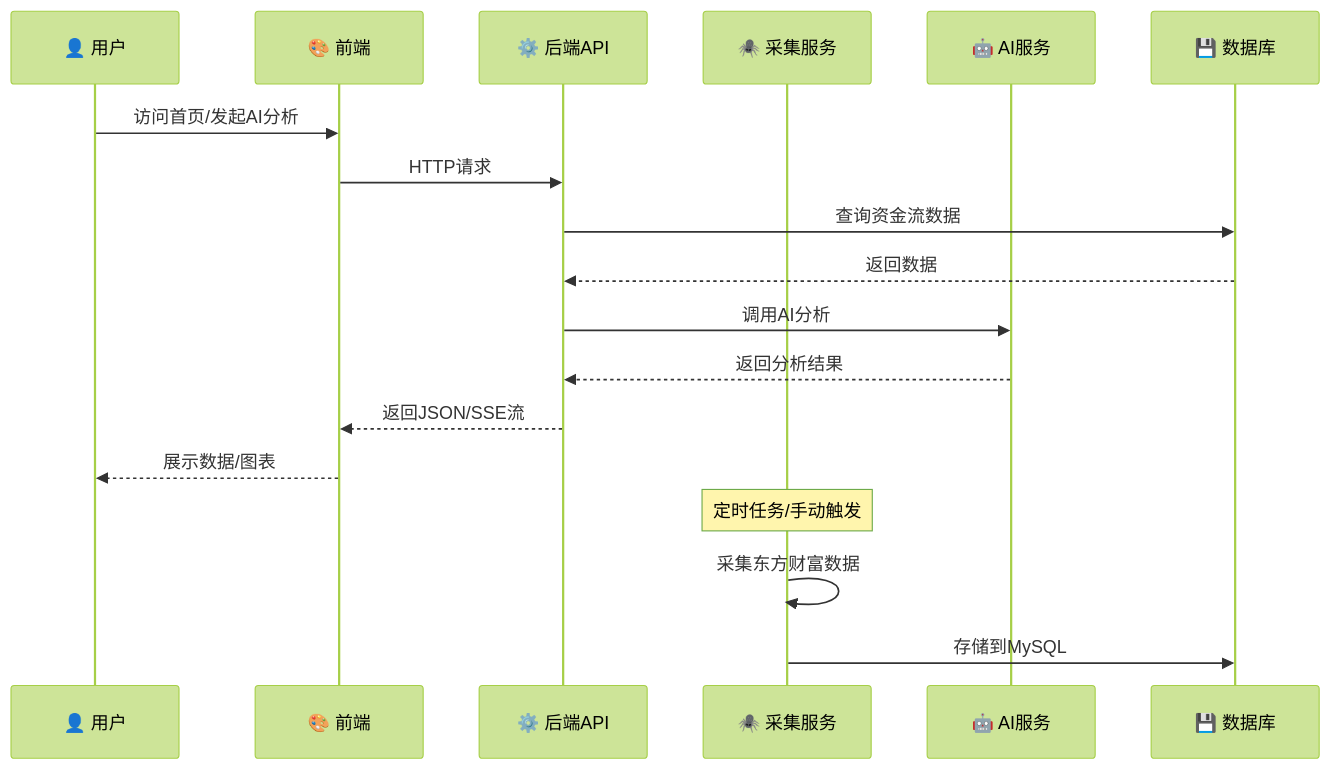
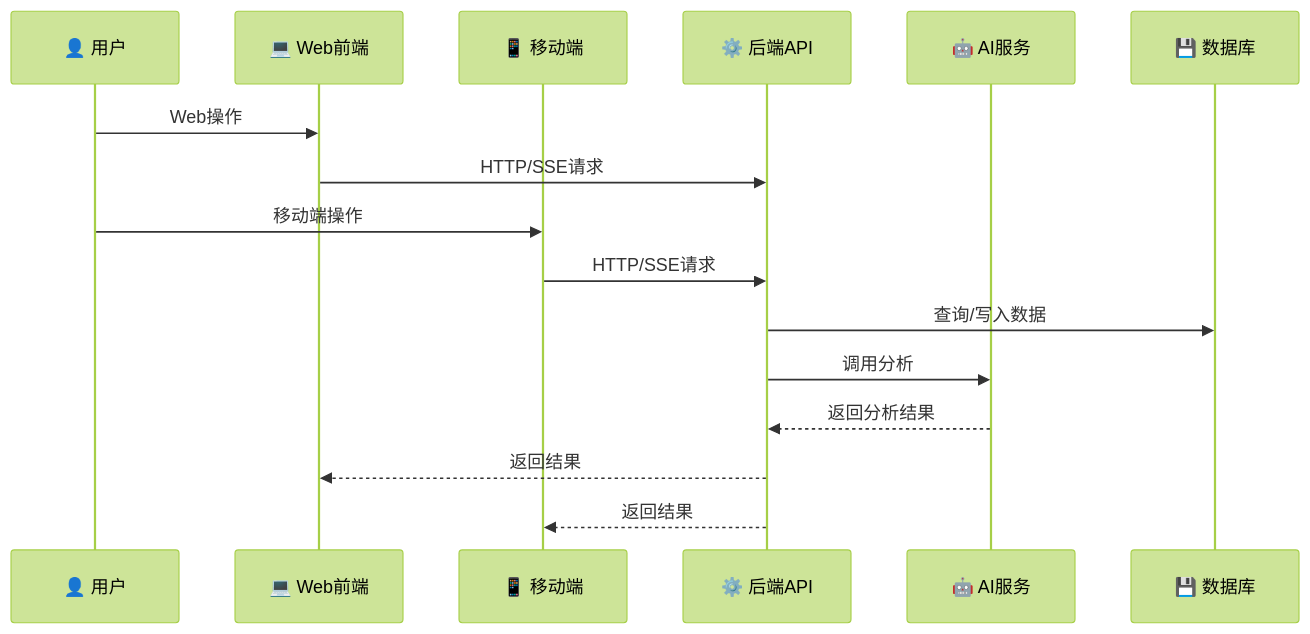
The second of 2 diagrams in README.md (RedMoonnn/Financial_Program), drawn with Mermaid (forest theme) before and after one commit. The commit also changed other lines of this file, not shown here.

Commit message:
docs: update system architecture and sequence diagrams to include android mobile app

````diff
--- a/README.md
+++ b/README.md
@@ -186,22 +201,21 @@
 ```mermaid
 sequenceDiagram
     participant U as 👤 用户
-    participant F as 🎨 前端
+    participant W as 💻 Web前端
+    participant M as 📱 移动端
     participant B as ⚙️ 后端API
-    participant C as 🕷️ 采集服务
     participant AI as 🤖 AI服务
     participant DB as 💾 数据库
 
-    U->>F: 访问首页/发起AI分析
-    F->>B: HTTP请求
-    B->>DB: 查询资金流数据
-    DB-->>B: 返回数据
-    B->>AI: 调用AI分析
+    U->>W: Web操作
+    W->>B: HTTP/SSE请求
+
+    U->>M: 移动端操作
+    M->>B: HTTP/SSE请求
+
+    B->>DB: 查询/写入数据
+    B->>AI: 调用分析
     AI-->>B: 返回分析结果
-    B-->>F: 返回JSON/SSE流
-    F-->>U: 展示数据/图表
-
-    Note over C: 定时任务/手动触发
-    C->>C: 采集东方财富数据
-    C->>DB: 存储到MySQL
+    B-->>W: 返回结果
+    B-->>M: 返回结果
 ```
````
